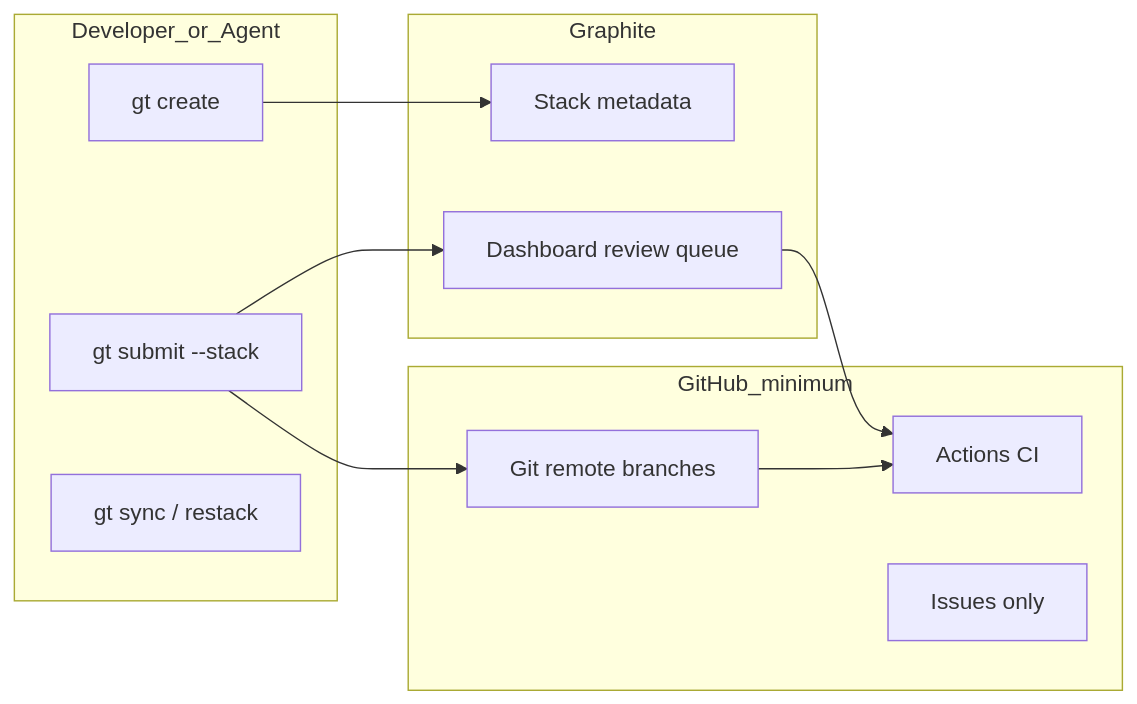
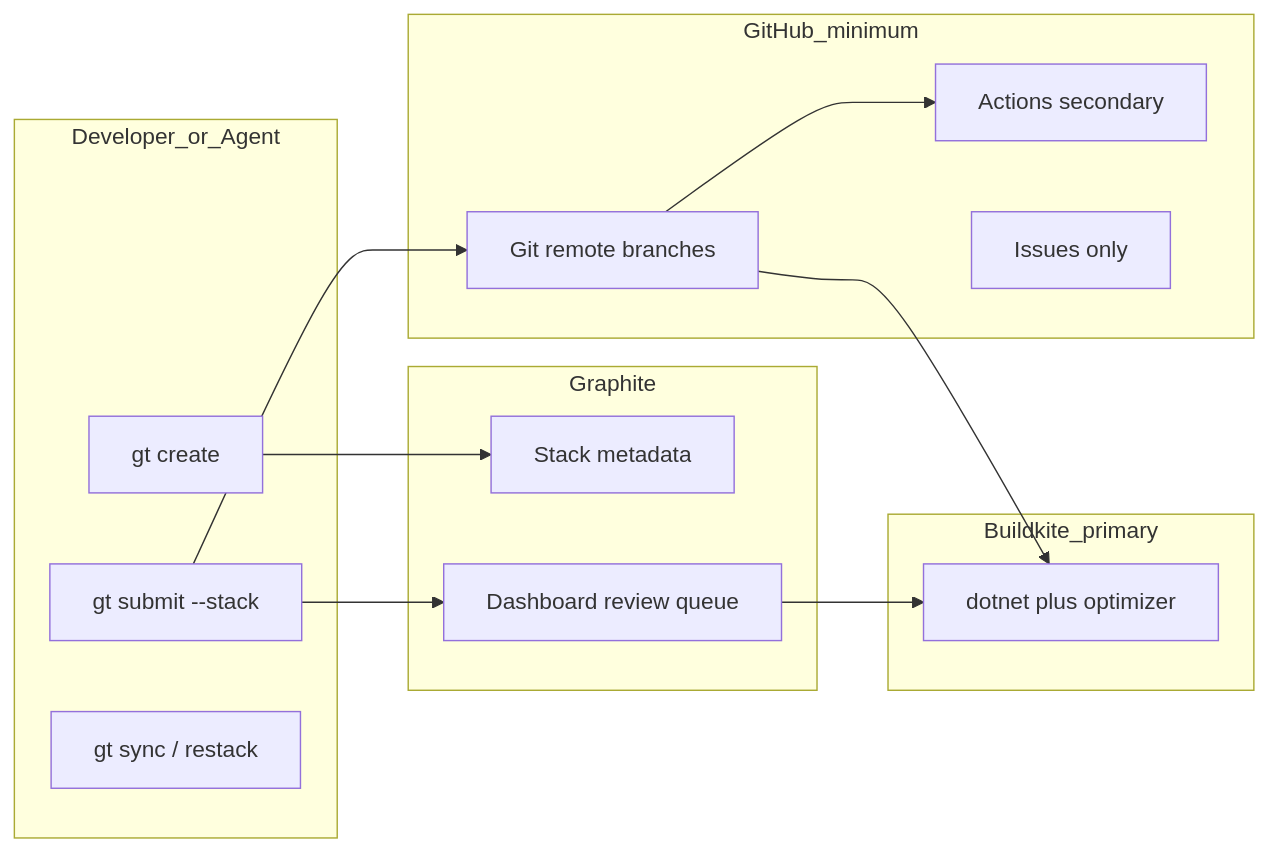
One commit to drgaciw/cmano-clone changed the first of 2 diagrams in docs/engineering/graphite-github-substitute-plan.md. Above: the diagram before and after it, drawn with Mermaid. The commit also changed other lines of this file and 18 other files, not shown here.

First line of the commit message:
feat(ci): migrate blocking CI to Buildkite pipeline

````diff
--- a/docs/engineering/graphite-github-substitute-plan.md
+++ b/docs/engineering/graphite-github-substitute-plan.md
@@ -25,22 +25,26 @@
 ```mermaid
 flowchart LR
   subgraph dev [Developer_or_Agent]
     gtCreate["gt create"]
     gtSubmit["gt submit --stack"]
     gtSync["gt sync / restack"]
   end
   subgraph graphite [Graphite]
     stackMeta[Stack metadata]
     dash[Dashboard review queue]
   end
   subgraph githubMin [GitHub_minimum]
     remote[Git remote branches]
-    actions[Actions CI]
+    ghActions[Actions secondary]
     issues[Issues only]
+  end
+  subgraph buildkiteCI [Buildkite_primary]
+    bkPipeline[dotnet plus optimizer]
   end
   gtCreate --> stackMeta
   gtSubmit --> remote
   gtSubmit --> dash
-  remote --> actions
-  dash --> actions
+  remote --> bkPipeline
+  remote --> ghActions
+  dash --> bkPipeline
 ```
````
